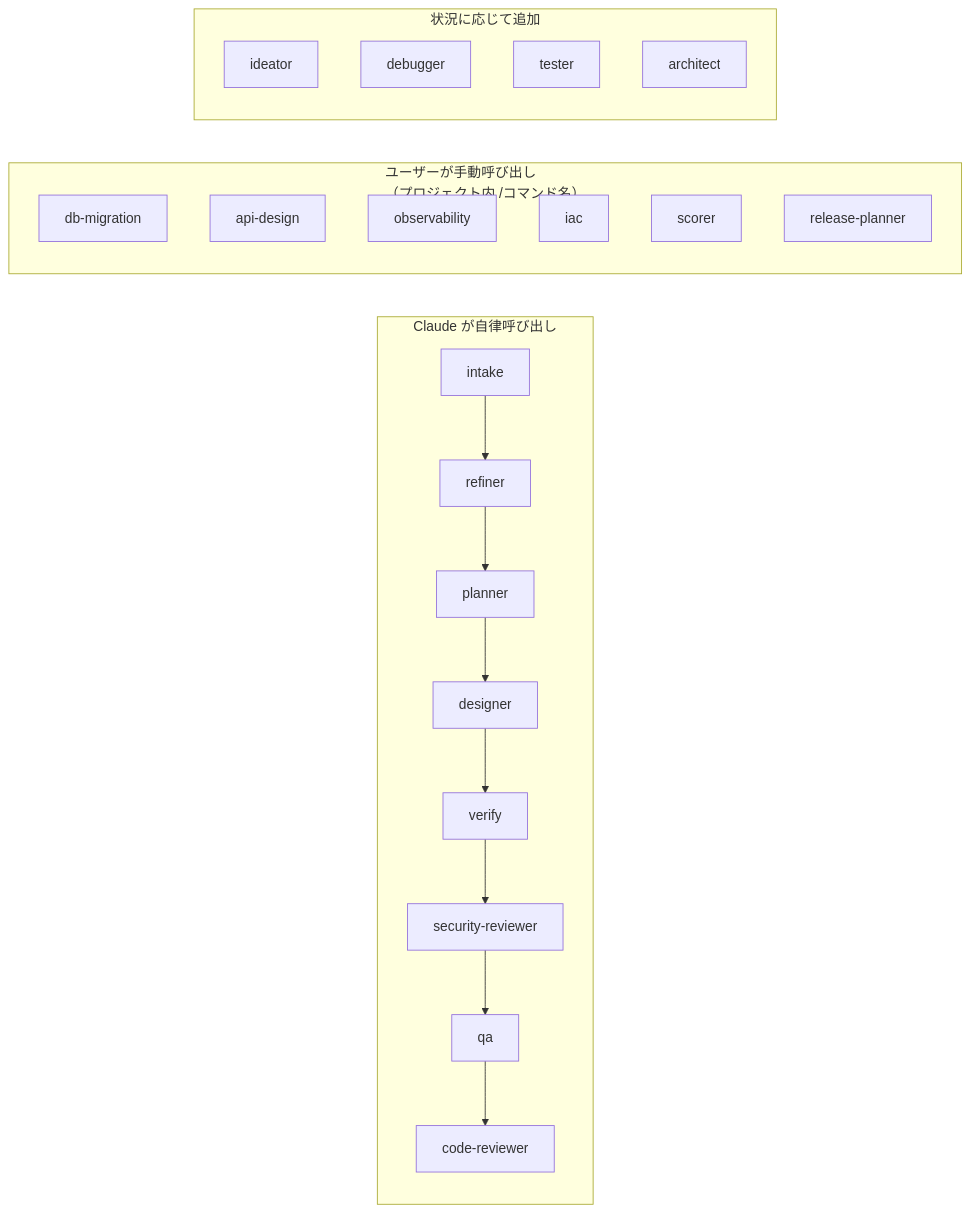
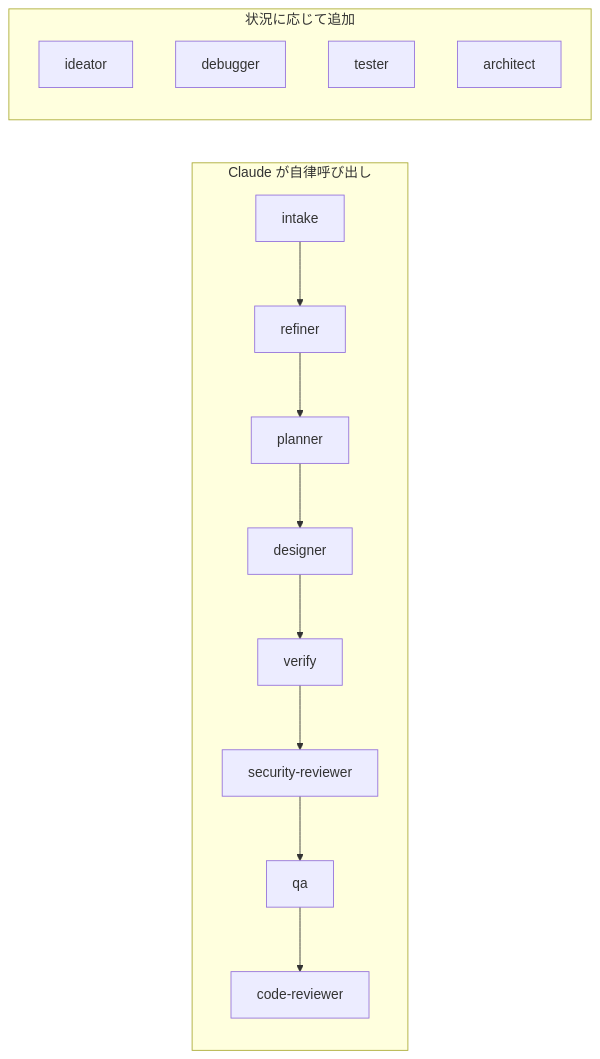
One commit to agaemo/dotfiles changed the second of 2 diagrams in claude/skills/craft/README.md. Above: the diagram before and after it, drawn with Mermaid. The commit also changed other lines of this file and 6 other files, not shown here.

````diff
--- a/claude/skills/craft/README.md
+++ b/claude/skills/craft/README.md
@@ -41,27 +41,18 @@
 ```mermaid
 flowchart LR
     subgraph AUTO["Claude が自律呼び出し"]
         intake --> refiner --> planner
         planner --> designer
         designer --> verify
         verify --> security-reviewer
         security-reviewer --> qa
         qa --> code-reviewer
     end
 
-    subgraph MANUAL["ユーザーが手動呼び出し\n（プロジェクト内 /コマンド名）"]
-        db-migration
-        api-design
-        observability
-        iac
-        scorer
-        release-planner
-    end
-
     subgraph OPT["状況に応じて追加"]
         ideator
         debugger
         tester
         architect
     end
 ```
````
